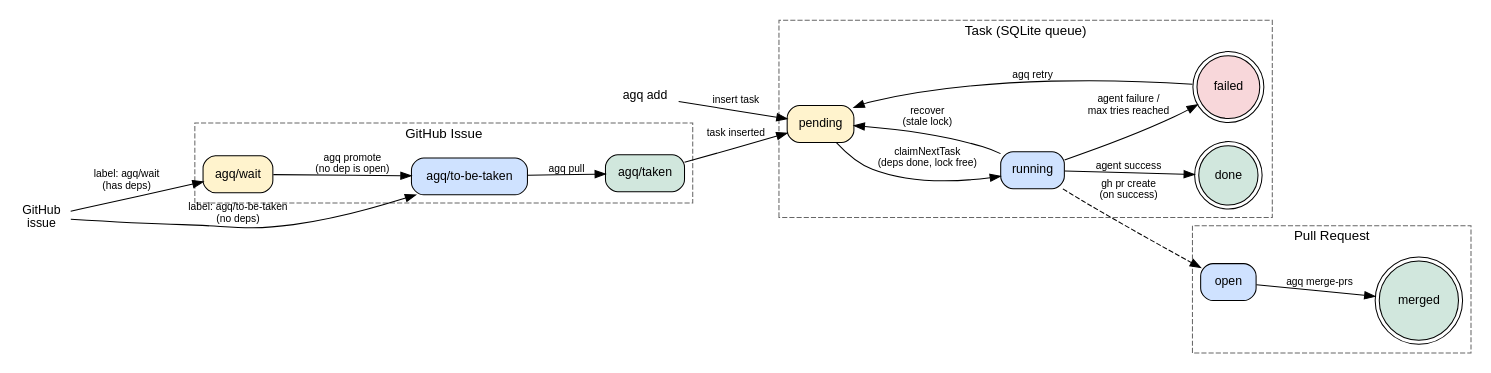
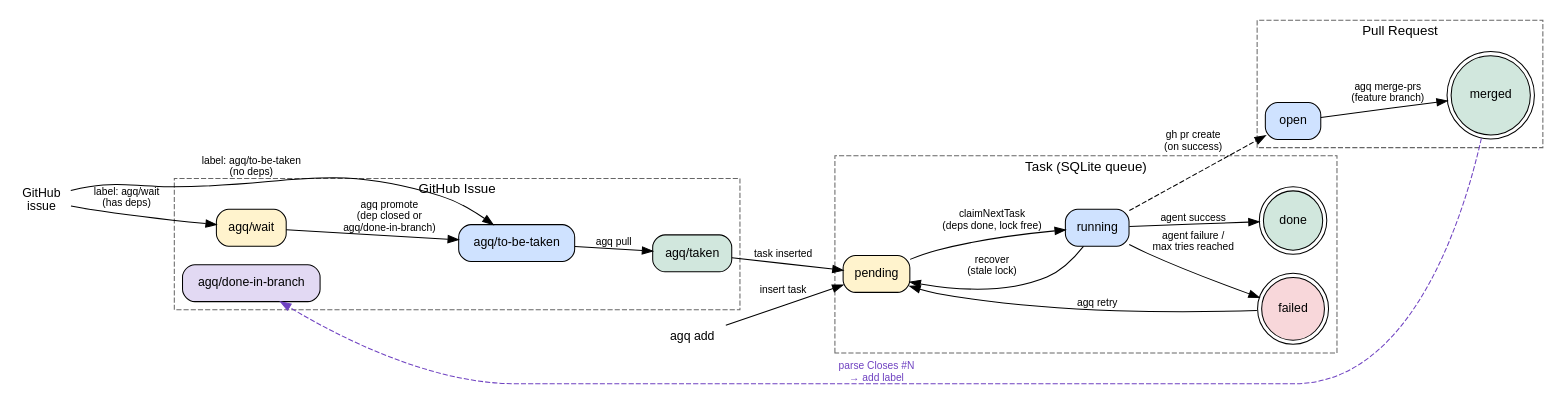
One commit to lucasdicioccio/agents-exe changed the diagram in agq/docs/state-machine01.dot. Above: the diagram before and after it, drawn with Graphviz. The commit also changed 5 other files, not shown here.

```diff
--- a/agq/docs/state-machine01.dot
+++ b/agq/docs/state-machine01.dot
@@ -1,66 +1,70 @@
 digraph agq {
   rankdir=LR
   fontname="Helvetica"
   node [fontname="Helvetica" fontsize=12 shape=box style=rounded]
   edge [fontname="Helvetica" fontsize=10]
 
   // ── GitHub issue lifecycle ──────────────────────────────────────────────
   subgraph cluster_github {
     label="GitHub Issue"
     style=dashed
     color="#666666"
     fontsize=13
 
-    gh_wait       [label="agq/wait"         style="rounded,filled" fillcolor="#fff3cd"]
-    gh_toretaken  [label="agq/to-be-taken"  style="rounded,filled" fillcolor="#cfe2ff"]
-    gh_taken      [label="agq/taken"        style="rounded,filled" fillcolor="#d1e7dd"]
+    gh_wait          [label="agq/wait"            style="rounded,filled" fillcolor="#fff3cd"]
+    gh_toretaken     [label="agq/to-be-taken"     style="rounded,filled" fillcolor="#cfe2ff"]
+    gh_taken         [label="agq/taken"           style="rounded,filled" fillcolor="#d1e7dd"]
+    gh_doneinbranch  [label="agq/done-in-branch"  style="rounded,filled" fillcolor="#e2d9f3"]
   }
 
   // ── Task lifecycle (SQLite) ─────────────────────────────────────────────
   subgraph cluster_task {
     label="Task (SQLite queue)"
     style=dashed
     color="#666666"
     fontsize=13
 
     t_pending  [label="pending"  style="rounded,filled" fillcolor="#fff3cd"]
     t_running  [label="running"  style="rounded,filled" fillcolor="#cfe2ff"]
     t_done     [label="done"     style="rounded,filled" fillcolor="#d1e7dd" shape=doublecircle]
     t_failed   [label="failed"   style="rounded,filled" fillcolor="#f8d7da" shape=doublecircle]
   }
 
   // ── Pull Request lifecycle ──────────────────────────────────────────────
   subgraph cluster_pr {
     label="Pull Request"
     style=dashed
     color="#666666"
     fontsize=13
 
     pr_open   [label="open"    style="rounded,filled" fillcolor="#cfe2ff"]
     pr_merged [label="merged"  style="rounded,filled" fillcolor="#d1e7dd" shape=doublecircle]
   }
 
   // ── Entry points ───────────────────────────────────────────────────────
   add    [label="agq add"  shape=plaintext]
   issue  [label="GitHub\nissue"  shape=plaintext]
 
   add   -> t_pending  [label="insert task"]
   issue -> gh_wait    [label="label: agq/wait\n(has deps)"]
   issue -> gh_toretaken [label="label: agq/to-be-taken\n(no deps)"]
 
   // ── GitHub promote → pull flow ─────────────────────────────────────────
-  gh_wait      -> gh_toretaken [label="agq promote\n(no dep is open)"]
+  gh_wait      -> gh_toretaken [label="agq promote\n(dep closed or\nagq/done-in-branch)"]
   gh_toretaken -> gh_taken     [label="agq pull"]
   gh_taken     -> t_pending    [label="task inserted"]
 
   // ── Task state transitions ─────────────────────────────────────────────
   t_pending -> t_running [label="claimNextTask\n(deps done, lock free)"]
   t_running -> t_done    [label="agent success"]
   t_running -> t_failed  [label="agent failure /\nmax tries reached"]
   t_running -> t_pending [label="recover\n(stale lock)"]
   t_failed  -> t_pending [label="agq retry"]
 
   // ── PR creation and merge ──────────────────────────────────────────────
-  t_running -> pr_open  [label="gh pr create\n(on success)" style=dashed]
-  pr_open   -> pr_merged [label="agq merge-prs"]
+  t_running -> pr_open   [label="gh pr create\n(on success)" style=dashed]
+  pr_open   -> pr_merged [label="agq merge-prs\n(feature branch)"]
+
+  // ── Feature-branch: label closed issues ───────────────────────────────
+  pr_merged -> gh_doneinbranch [label="parse Closes #N\n→ add label" style=dashed color="#6f42c1" fontcolor="#6f42c1"]
 }
```
